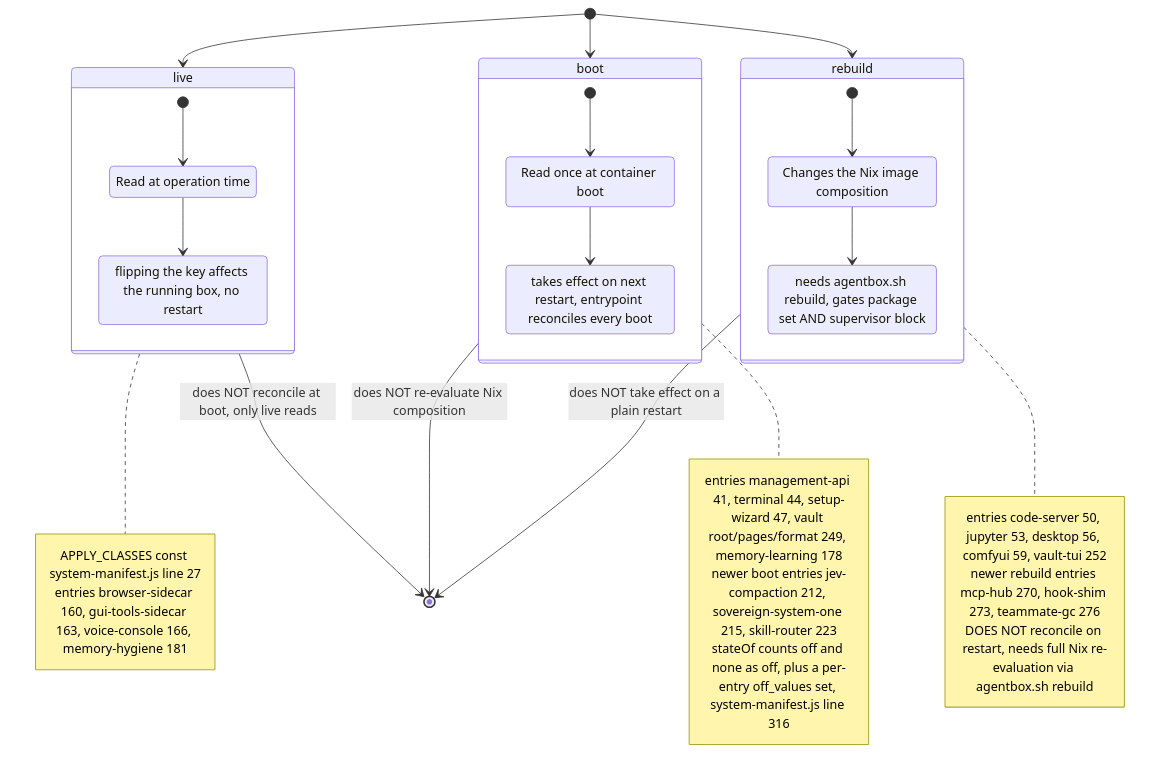
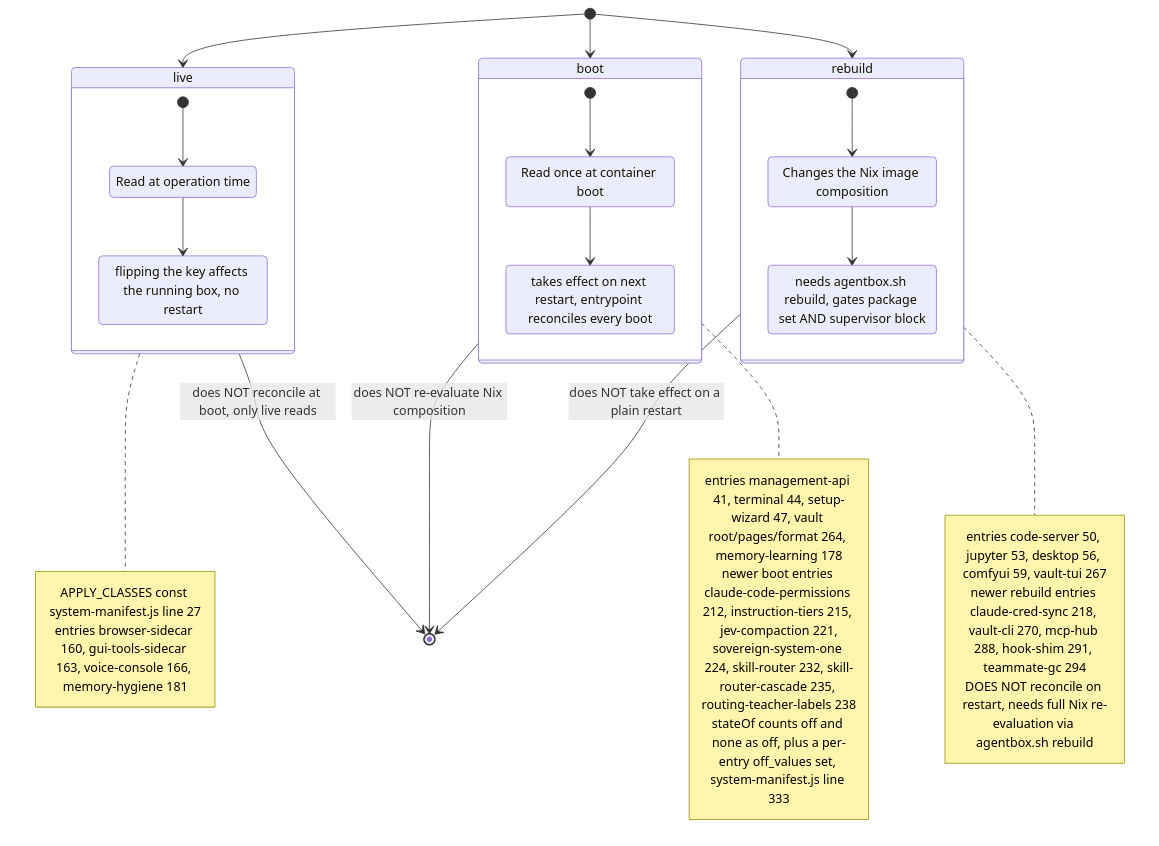
The second of 10 diagrams in docs/diagrams/agentbox/01-nix-flake-composition.md (DreamLab-AI/VisionFlow), drawn with Mermaid before and after one commit. The commit also changed other lines of this file and 136 other files, not shown here.

First line of the commit message:
docs(diagrams): refresh the whole corpus to code HEAD and prune low-value diagrams

````diff
--- a/docs/diagrams/agentbox/01-nix-flake-composition.md
+++ b/docs/diagrams/agentbox/01-nix-flake-composition.md
@@ -63,44 +63,44 @@
 ```mermaid
 stateDiagram-v2
     [*] --> live
     [*] --> boot
     [*] --> rebuild
 
     state live {
         [*] --> LiveRead
         LiveRead: Read at operation time
         LiveRead --> LiveEffect
         LiveEffect: flipping the key affects the running box, no restart
     }
     state boot {
         [*] --> BootRead
         BootRead: Read once at container boot
         BootRead --> BootEffect
         BootEffect: takes effect on next restart, entrypoint reconciles every boot
     }
     state rebuild {
         [*] --> RebuildRead
         RebuildRead: Changes the Nix image composition
         RebuildRead --> RebuildEffect
         RebuildEffect: needs agentbox.sh rebuild, gates package set AND supervisor block
     }
 
     note right of live
         APPLY_CLASSES const system-manifest.js line 27
         entries browser-sidecar 160, gui-tools-sidecar 163, voice-console 166, memory-hygiene 181
     end note
     note right of boot
-        entries management-api 41, terminal 44, setup-wizard 47, vault root/pages/format 249, memory-learning 178
-        newer boot entries jev-compaction 212, sovereign-system-one 215, skill-router 223
-        stateOf counts off and none as off, plus a per-entry off_values set, system-manifest.js line 316
+        entries management-api 41, terminal 44, setup-wizard 47, vault root/pages/format 264, memory-learning 178
+        newer boot entries claude-code-permissions 212, instruction-tiers 215, jev-compaction 221,<br/>sovereign-system-one 224, skill-router 232, skill-router-cascade 235, routing-teacher-labels 238
+        stateOf counts off and none as off, plus a per-entry off_values set, system-manifest.js line 333
     end note
     note right of rebuild
-        entries code-server 50, jupyter 53, desktop 56, comfyui 59, vault-tui 252
-        newer rebuild entries mcp-hub 270, hook-shim 273, teammate-gc 276
+        entries code-server 50, jupyter 53, desktop 56, comfyui 59, vault-tui 267
+        newer rebuild entries claude-cred-sync 218, vault-cli 270, mcp-hub 288, hook-shim 291, teammate-gc 294
         DOES NOT reconcile on restart, needs full Nix re-evaluation via agentbox.sh rebuild
     end note
 
     live --> [*]: does NOT reconcile at boot, only live reads
     boot --> [*]: does NOT re-evaluate Nix composition
     rebuild --> [*]: does NOT take effect on a plain restart
 ```
````
